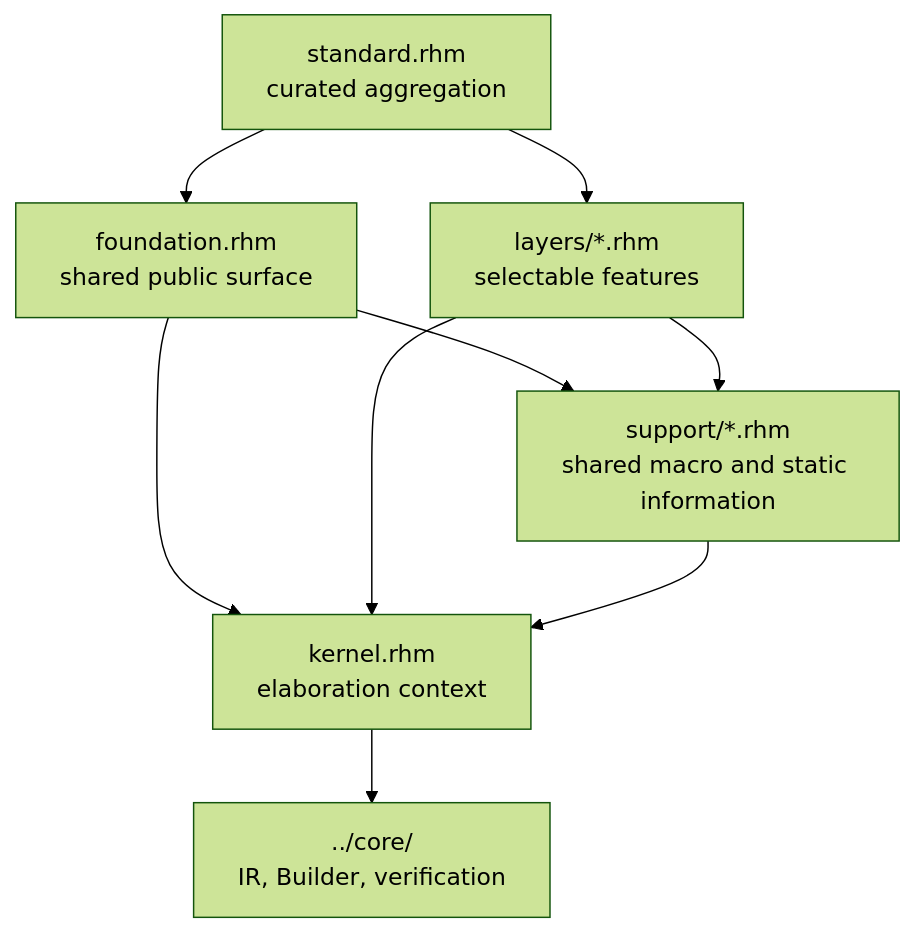
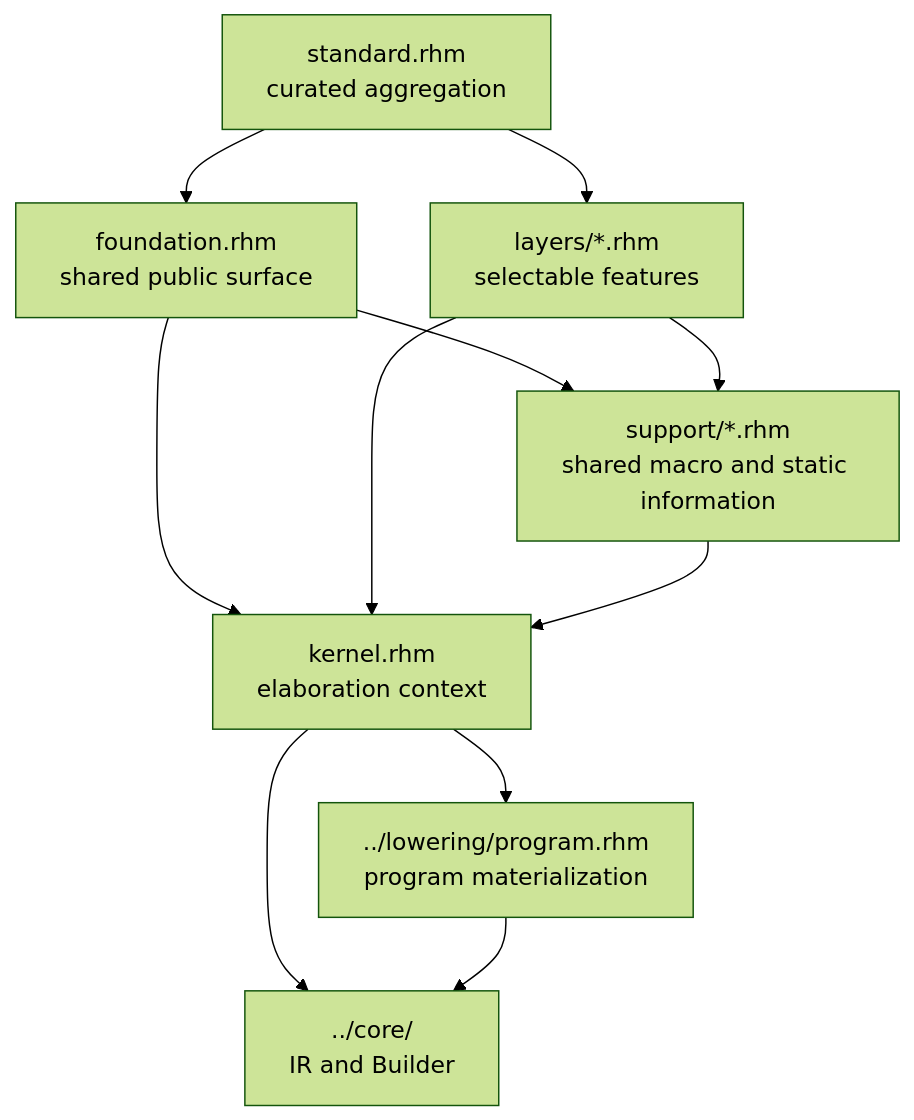
The diagram in rhodium/frontend/DEVELOPING.md (jerryz123/rhodium), drawn with Mermaid (forest theme) before and after one commit. The commit also changed other lines of this file and 41 other files, not shown here.

````diff
--- a/rhodium/frontend/DEVELOPING.md
+++ b/rhodium/frontend/DEVELOPING.md
@@ -17,11 +17,13 @@
 ```mermaid
 flowchart TD
   Standard["standard.rhm<br/>curated aggregation"] --> Foundation["foundation.rhm<br/>shared public surface"]
   Standard --> Layers["layers/*.rhm<br/>selectable features"]
   Foundation --> Support["support/*.rhm<br/>shared macro and static information"]
   Layers --> Support
   Foundation --> Kernel["kernel.rhm<br/>elaboration context"]
   Layers --> Kernel
   Support --> Kernel
-  Kernel --> Core["../core/<br/>IR, Builder, verification"]
+  Kernel --> Core["../core/<br/>IR and Builder"]
+  Kernel --> Lowering["../lowering/program.rhm<br/>program materialization"]
+  Lowering --> Core
 ```
````
